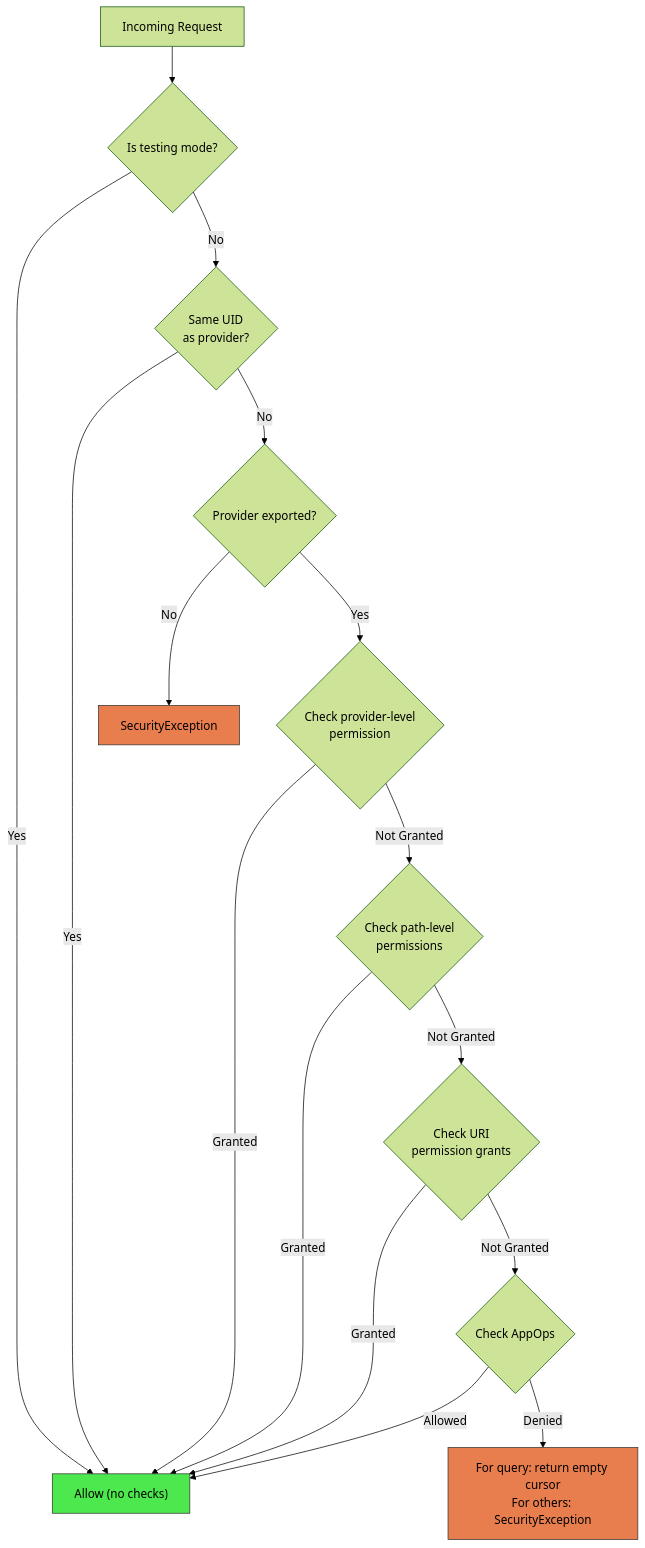
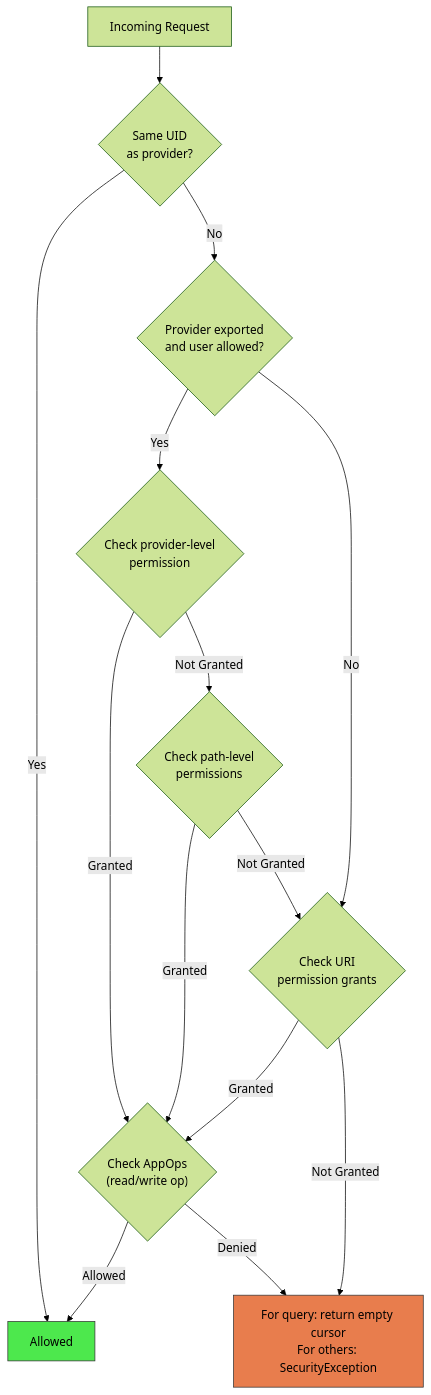
Diagram 23 of 25 in agents/claude/skills/aosp-framework-services/27-content-providers.md (aospbooks/aosp-internal-book), drawn with Mermaid (forest theme) before and after one commit. The commit also changed other lines of this file and 218 other files, not shown here.

````diff
--- a/agents/claude/skills/aosp-framework-services/27-content-providers.md
+++ b/agents/claude/skills/aosp-framework-services/27-content-providers.md
@@ -2872,22 +2913,19 @@
 ```mermaid
 flowchart TD
-    A["Incoming Request"] --> B{Is testing mode?}
-    B -- Yes --> Z["Allow (no checks)"]
-    B -- No --> C{"Same UID<br/>as provider?"}
-    C -- Yes --> Z
-    C -- No --> D{Provider exported?}
-    D -- No --> E["SecurityException"]
+    A["Incoming Request"] --> C{"Same UID<br/>as provider?"}
+    C -- Yes --> Z["Allowed"]
+    C -- No --> D{"Provider exported<br/>and user allowed?"}
     D -- Yes --> F{"Check provider-level<br/>permission"}
-    F -- Granted --> Z
+    D -- No --> H{"Check URI<br/>permission grants"}
+    F -- Granted --> I{"Check AppOps<br/>(read/write op)"}
     F -- Not Granted --> G{"Check path-level<br/>permissions"}
-    G -- Granted --> Z
-    G -- Not Granted --> H{"Check URI<br/>permission grants"}
-    H -- Granted --> Z
-    H -- Not Granted --> I{Check AppOps}
+    G -- Granted --> I
+    G -- Not Granted --> H
+    H -- Granted --> I
+    H -- Not Granted --> J["For query: return empty cursor<br/>For others: SecurityException"]
     I -- Allowed --> Z
-    I -- Denied --> J["For query: return empty cursor<br/>For others: SecurityException"]
+    I -- Denied --> J
 
     style Z fill:#4de84d,stroke:#333,color:#000
-    style E fill:#e87d4d,stroke:#333,color:#000
     style J fill:#e87d4d,stroke:#333,color:#000
 ```
````
